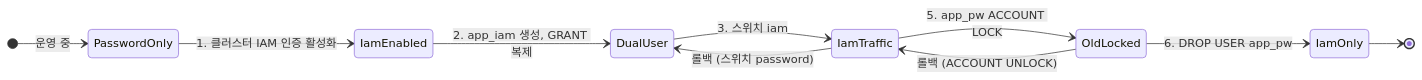
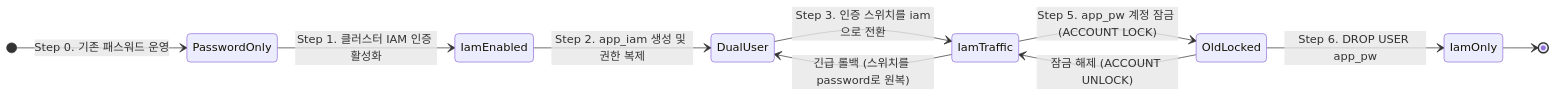
The diagram in aws/rds/aurora-iam-auth/docs/4-zero-downtime-migration.md (choisungwook/portfolio), drawn with Mermaid before and after one commit. The commit also changed other lines of this file and 8 other files, not shown here.

````diff
--- a/aws/rds/aurora-iam-auth/docs/4-zero-downtime-migration.md
+++ b/aws/rds/aurora-iam-auth/docs/4-zero-downtime-migration.md
@@ -81,13 +85,13 @@
 ```mermaid
 stateDiagram-v2
   direction LR
-  [*] --> PasswordOnly: 운영 중
-  PasswordOnly --> IamEnabled: 1. 클러스터 IAM 인증 활성화
-  IamEnabled --> DualUser: 2. app_iam 생성, GRANT 복제
-  DualUser --> IamTraffic: 3. 스위치 iam
-  IamTraffic --> DualUser: 롤백 (스위치 password)
-  IamTraffic --> OldLocked: 5. app_pw ACCOUNT LOCK
-  OldLocked --> IamTraffic: 롤백 (ACCOUNT UNLOCK)
-  OldLocked --> IamOnly: 6. DROP USER app_pw
+  [*] --> PasswordOnly: Step 0. 기존 패스워드 운영
+  PasswordOnly --> IamEnabled: Step 1. 클러스터 IAM 인증 활성화
+  IamEnabled --> DualUser: Step 2. app_iam 생성 및 권한 복제
+  DualUser --> IamTraffic: Step 3. 인증 스위치를 iam으로 전환
+  IamTraffic --> DualUser: 긴급 롤백 (스위치를 password로 원복)
+  IamTraffic --> OldLocked: Step 5. app_pw 계정 잠금 (ACCOUNT LOCK)
+  OldLocked --> IamTraffic: 잠금 해제 (ACCOUNT UNLOCK)
+  OldLocked --> IamOnly: Step 6. DROP USER app_pw
   IamOnly --> [*]
 ```
````
